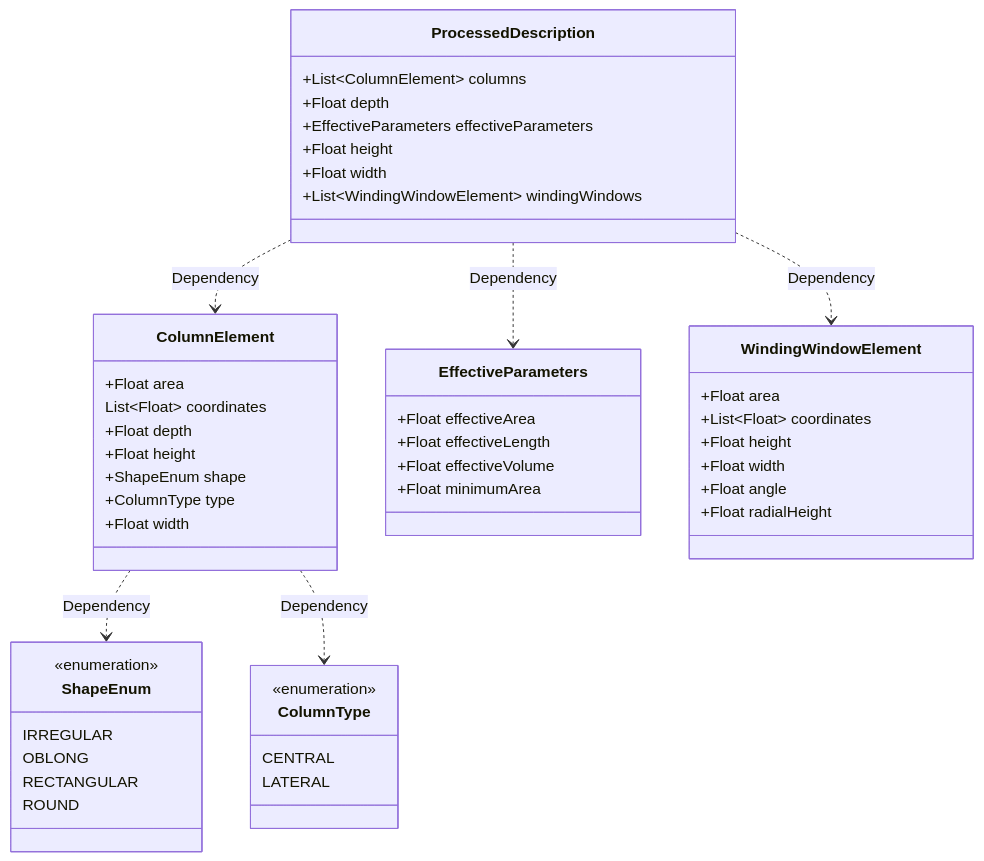
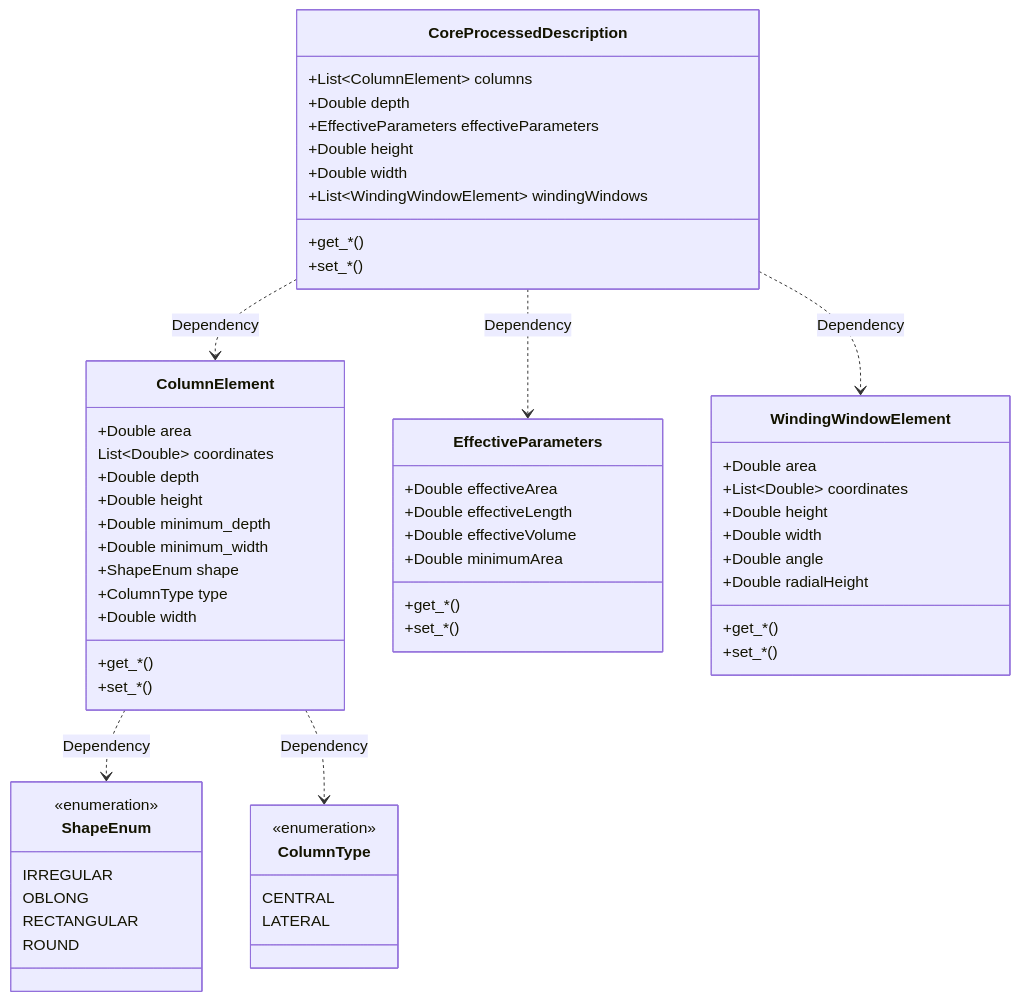
Before and after one commit to OpenMagnetics/MAS: the seventh of 8 diagrams in docs/magnetic/core.md, drawn with Mermaid. The commit also changed other lines of this file, not shown here.

````diff
--- a/docs/magnetic/core.md
+++ b/docs/magnetic/core.md
@@ -301,57 +656,71 @@
 ```mermaid
 classDiagram
-class ProcessedDescription {
+class CoreProcessedDescription {
     +List~ColumnElement~ columns
-    +Float depth
+    +Double depth
     +EffectiveParameters effectiveParameters
-    +Float height
-    +Float width
+    +Double height
+    +Double width
     +List~WindingWindowElement~ windingWindows
+    
+    +get_*()
+    +set_*()
 }
-ProcessedDescription ..> ColumnElement : Dependency
-ProcessedDescription ..> EffectiveParameters : Dependency
-ProcessedDescription ..> WindingWindowElement : Dependency
+CoreProcessedDescription ..> ColumnElement : Dependency
+CoreProcessedDescription ..> EffectiveParameters : Dependency
+CoreProcessedDescription ..> WindingWindowElement : Dependency
 
 
 class WindingWindowElement {
-    +Float area
-    +List~Float~ coordinates
-    +Float height
-    +Float width
-    +Float angle
-    +Float radialHeight
+    +Double area
+    +List~Double~ coordinates
+    +Double height
+    +Double width
+    +Double angle
+    +Double radialHeight
+    
+    +get_*()
+    +set_*()
 }
 
 class EffectiveParameters {
-    +Float effectiveArea
-    +Float effectiveLength
-    +Float effectiveVolume
-    +Float minimumArea
+    +Double effectiveArea
+    +Double effectiveLength
+    +Double effectiveVolume
+    +Double minimumArea
+    
+    +get_*()
+    +set_*()
 }
 
 class ColumnElement {
-    +Float area
-    List~Float~ coordinates
-    +Float depth
-    +Float height
+    +Double area
+    List~Double~ coordinates
+    +Double depth
+    +Double height
+    +Double minimum_depth
+    +Double minimum_width
     +ShapeEnum shape
     +ColumnType type
-    +Float width
+    +Double width
+    
+    +get_*()
+    +set_*()
 }
 ColumnElement ..> ShapeEnum : Dependency
 ColumnElement ..> ColumnType : Dependency
 
 class ShapeEnum {
     <<enumeration>>
     IRREGULAR
     OBLONG
     RECTANGULAR
     ROUND
 }
 
 class ColumnType {
     <<enumeration>>
     CENTRAL
     LATERAL
 }
 ```
````
